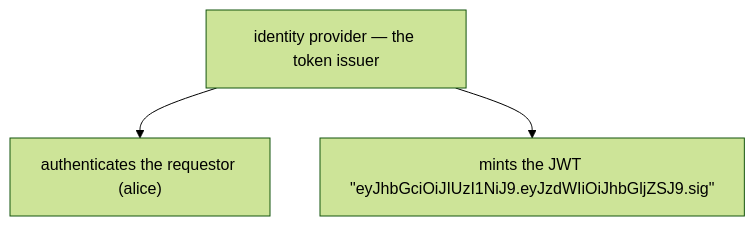
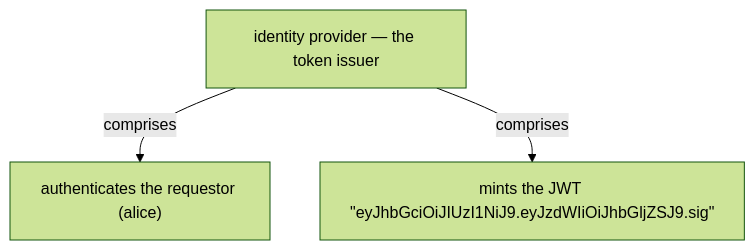
One commit to vinayakuber/microservices-io-study-guide changed the fourth of 12 diagrams in docs/ch28-access-token.md. Above: the diagram before and after it, drawn with Mermaid (forest theme). The commit also changed other lines of this file and 71 other files, not shown here.

First line of the commit message:
R18: label every diagram arrow with its meaning

````diff
--- a/docs/ch28-access-token.md
+++ b/docs/ch28-access-token.md
@@ -159,6 +159,6 @@
 ```mermaid
 flowchart TD
   R["identity provider — the token issuer"]
-  R --> P0["authenticates the requestor (alice)"]
-  R --> P1["mints the JWT #quot;eyJhbGciOiJIUzI1NiJ9.eyJzdWIiOiJhbGljZSJ9.sig#quot;"]
+  R -->|"comprises"| P0["authenticates the requestor (alice)"]
+  R -->|"comprises"| P1["mints the JWT #quot;eyJhbGciOiJIUzI1NiJ9.eyJzdWIiOiJhbGljZSJ9.sig#quot;"]
 ```
````
